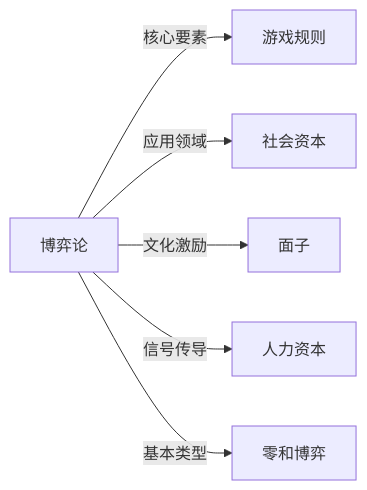
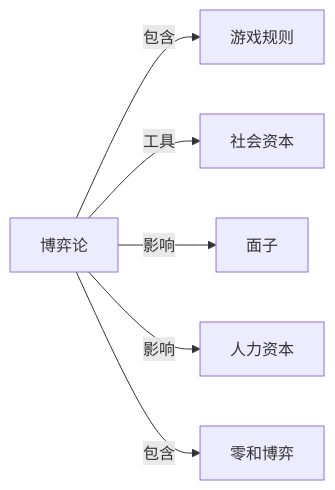
One commit to KIMMCHOW/MyKnowledge changed the diagram in Knowledge/Concepts/数学/博弈论.md. Above: the diagram before and after it, drawn with Mermaid. The commit also changed 95 other files, not shown here.

Commit message:
reorganize: 统一关系图边标签为11类

````diff
--- a/Knowledge/Concepts/数学/博弈论.md
+++ b/Knowledge/Concepts/数学/博弈论.md
@@ -46,8 +46,8 @@
 ```mermaid
 graph LR
-博弈论 -->|核心要素| 游戏规则
-博弈论 -->|应用领域| 社会资本
-博弈论 -->|文化激励| 面子
-博弈论 -->|信号传导| 人力资本
-博弈论 -->|基本类型| 零和博弈
+博弈论 -->|包含| 游戏规则
+博弈论 -->|工具| 社会资本
+博弈论 -->|影响| 面子
+博弈论 -->|影响| 人力资本
+博弈论 -->|包含| 零和博弈
 ```
````
